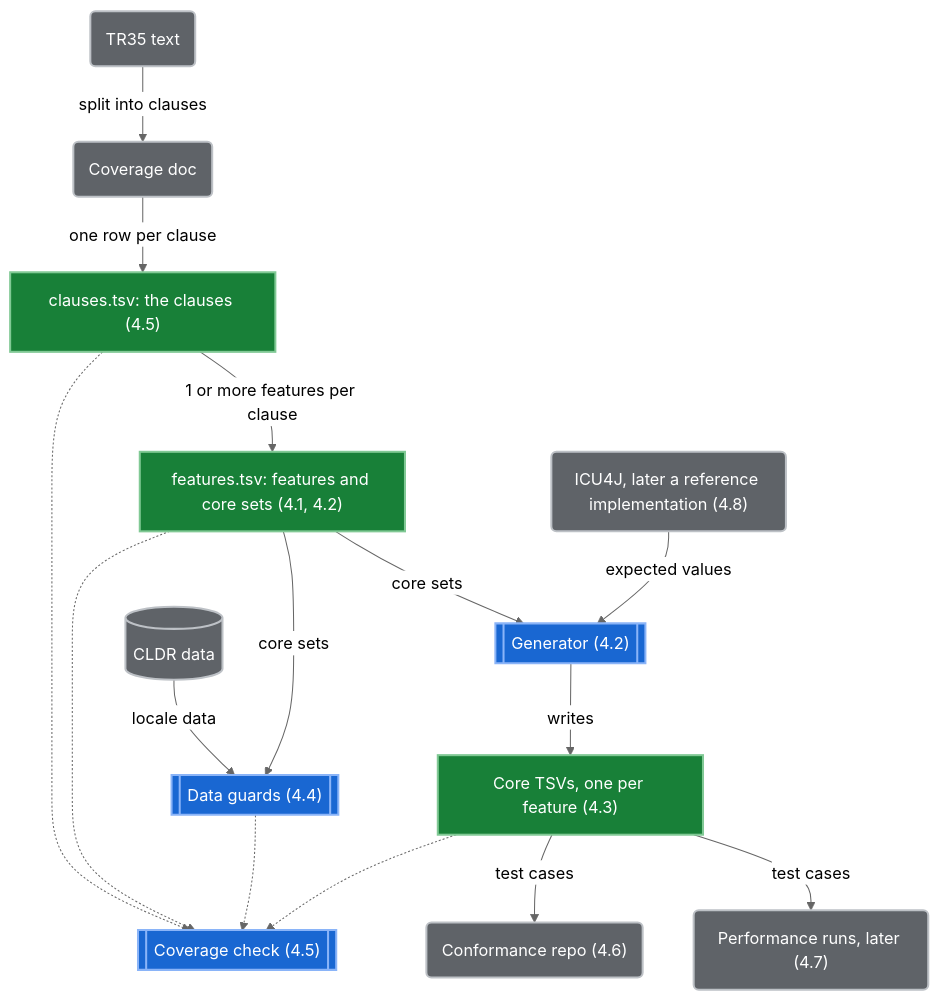
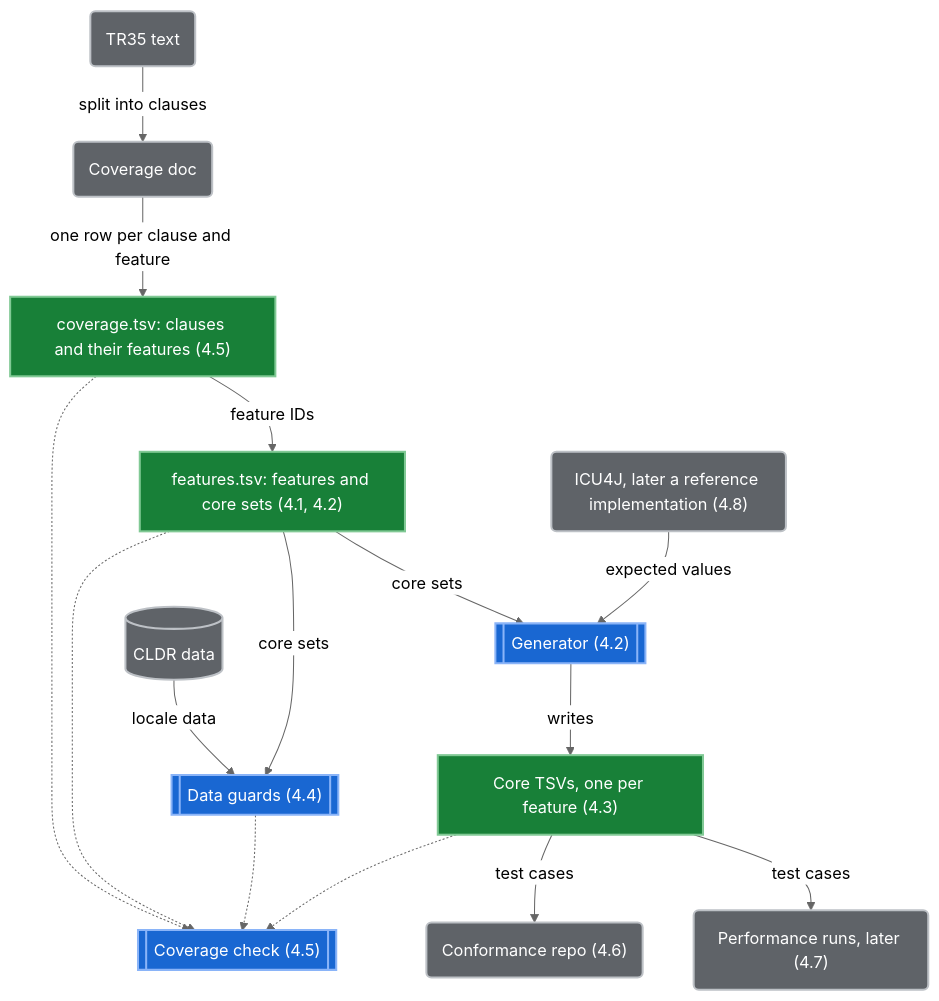
The diagram in docs/site/development/development-process/design-proposals/feature-based-test-generation.md (unicode-org/cldr), drawn with Mermaid (neutral theme) before and after one commit. The commit also changed other lines of this file, not shown here.

First line of the commit message:
CLDR-19466 Replace clauses.tsv with coverage.tsv in the design proposal

````diff
--- a/docs/site/development/development-process/design-proposals/feature-based-test-generation.md
+++ b/docs/site/development/development-process/design-proposals/feature-based-test-generation.md
@@ -48,34 +48,34 @@
 ```mermaid
 flowchart TD
   tr35("TR35 text"):::outside
   covdoc("Coverage doc"):::outside
-  clauses["clauses.tsv: the clauses (4.5)"]:::file
+  covtsv["coverage.tsv: clauses and their features (4.5)"]:::file
   cldr[("CLDR data")]:::outside
   features["features.tsv: features and core sets (4.1, 4.2)"]:::file
   icu("ICU4J, later a reference implementation (4.8)"):::outside
   guards[["Data guards (4.4)"]]:::code
   gen[["Generator (4.2)"]]:::code
   core["Core TSVs, one per feature (4.3)"]:::file
   coverage[["Coverage check (4.5)"]]:::code
   conf("Conformance repo (4.6)"):::outside
   perf("Performance runs, later (4.7)"):::outside
 
   tr35 -->|"split into clauses"| covdoc
-  covdoc -->|"one row per clause"| clauses
-  clauses -->|"1 or more features per clause"| features
+  covdoc -->|"one row per clause and feature"| covtsv
+  covtsv -->|"feature IDs"| features
   cldr -->|"locale data"| guards
   features -->|"core sets"| guards
   features -->|"core sets"| gen
   icu -->|"expected values"| gen
   gen -->|"writes"| core
   core -->|"test cases"| conf
   core -->|"test cases"| perf
-  clauses -.-> coverage
+  covtsv -.-> coverage
   features -.-> coverage
   guards -.-> coverage
   core -.-> coverage
 
   classDef file fill:#188038,stroke:#81c995,stroke-width:2px,color:#ffffff
   classDef code fill:#1967d2,stroke:#8ab4f8,stroke-width:2px,color:#ffffff
   classDef outside fill:#5f6368,stroke:#bdc1c6,stroke-width:2px,color:#ffffff
 ```
````
